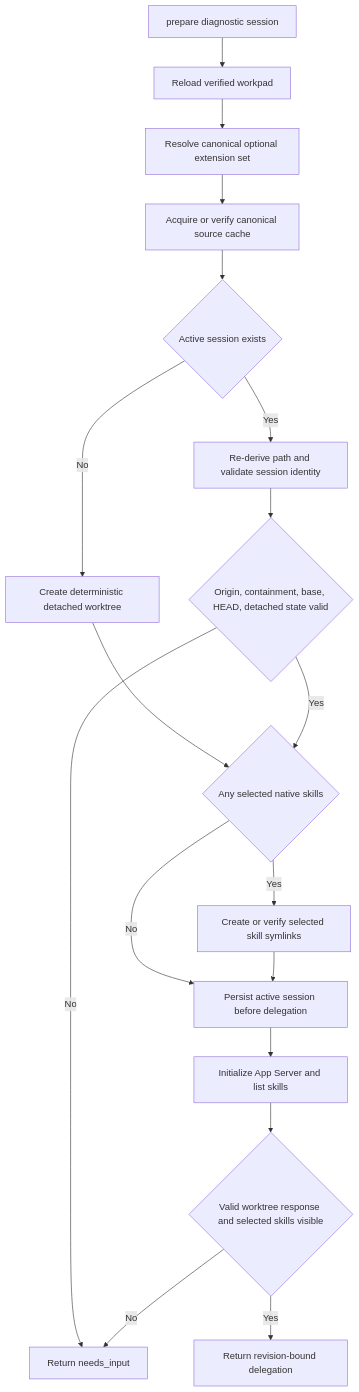
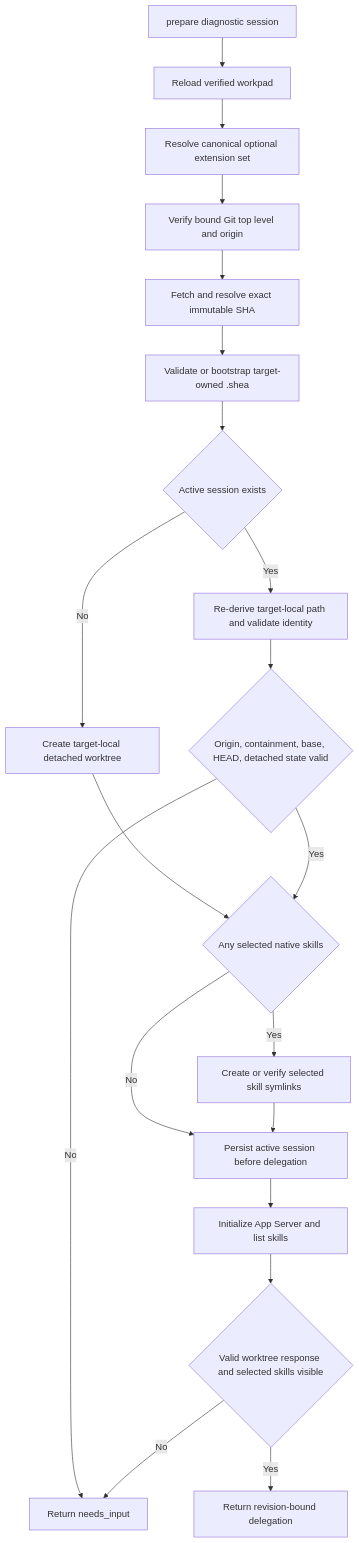
Before and after one commit to Alive24/FailureReport: the first of 3 diagrams in openwiki/workflows/runtime-and-workspaces.md, drawn with Mermaid. The commit also changed other lines of this file and 15 other files, not shown here.

````diff
--- a/openwiki/workflows/runtime-and-workspaces.md
+++ b/openwiki/workflows/runtime-and-workspaces.md
@@ -29,20 +29,22 @@
 ```mermaid
 flowchart TD
   Start["prepare diagnostic session"] --> Reload["Reload verified workpad"]
   Reload --> Resolve["Resolve canonical optional extension set"]
-  Resolve --> Cache["Acquire or verify canonical source cache"]
-  Cache --> Existing{"Active session exists"}
-  Existing -->|No| Allocate["Create deterministic detached worktree"]
-  Existing -->|Yes| Restore["Re-derive path and validate session identity"]
+  Resolve --> Target["Verify bound Git top level and origin"]
+  Target --> Revision["Fetch and resolve exact immutable SHA"]
+  Revision --> Shea["Validate or bootstrap target-owned .shea"]
+  Shea --> Existing{"Active session exists"}
+  Existing -->|No| Allocate["Create target-local detached worktree"]
+  Existing -->|Yes| Restore["Re-derive target-local path and validate identity"]
   Allocate --> Skills{"Any selected native skills"}
   Restore --> Invariants{"Origin, containment, base, HEAD, detached state valid"}
   Invariants -->|No| Input["Return needs_input"]
   Invariants -->|Yes| Skills
   Skills -->|Yes| Links["Create or verify selected skill symlinks"]
   Skills -->|No| Persist["Persist active session before delegation"]
   Links --> Persist
   Persist --> Preflight["Initialize App Server and list skills"]
   Preflight --> Ready{"Valid worktree response and selected skills visible"}
   Ready -->|No| Input
   Ready -->|Yes| Delegate["Return revision-bound delegation"]
 ```
````
